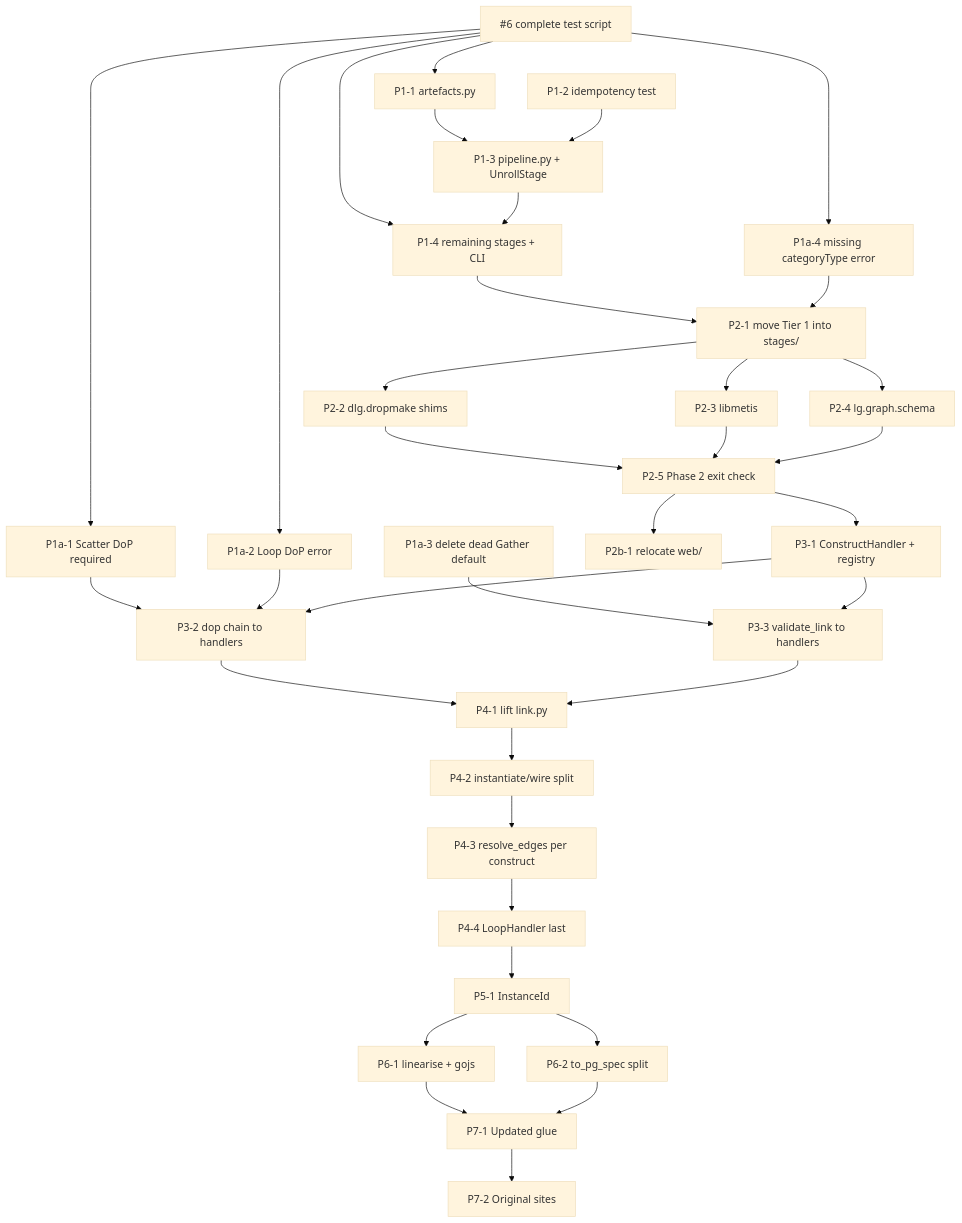
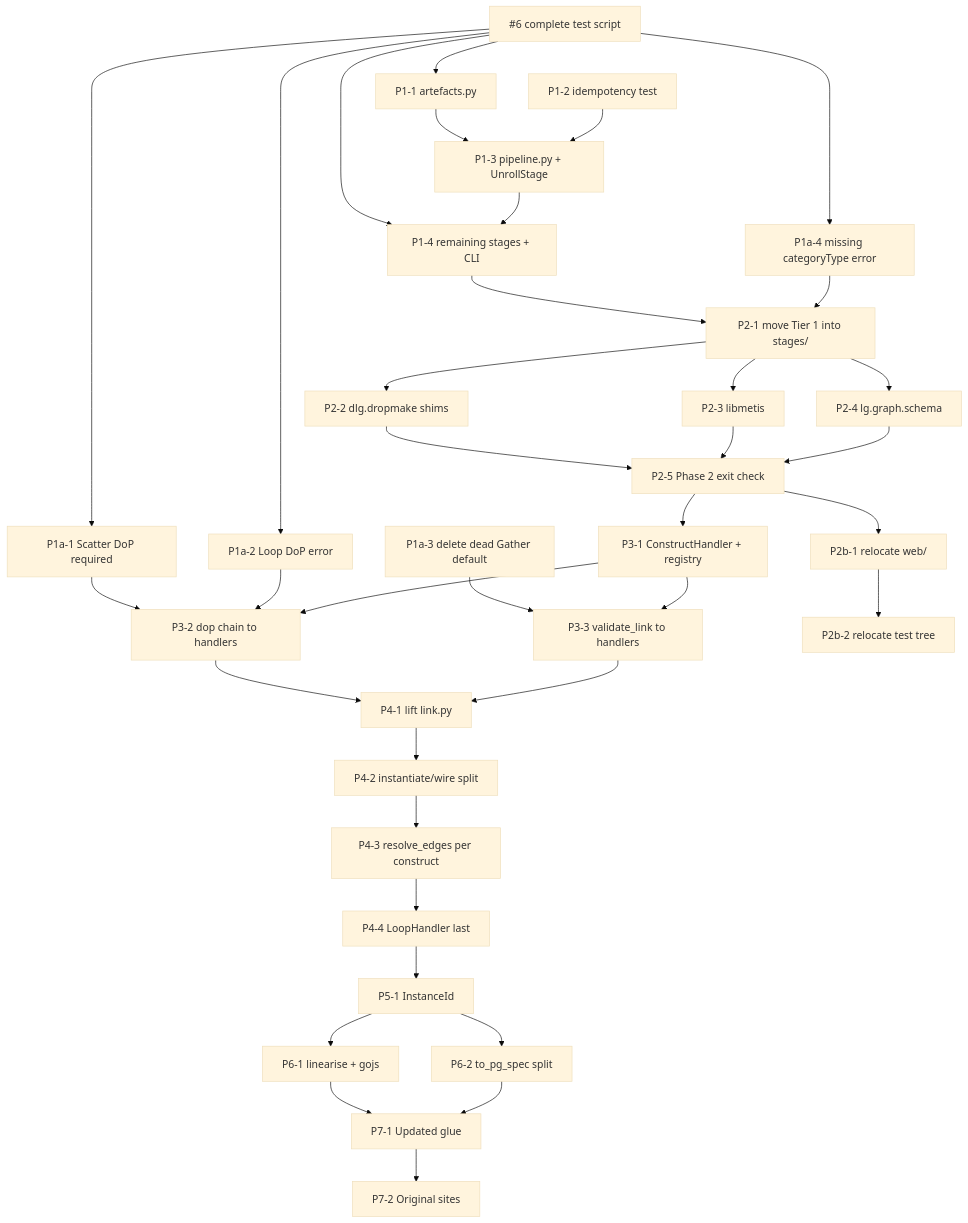
Before and after one commit to SachaPoulet/daliuge: the diagram in daliuge-translator/ARCHITECTURE_ISSUE_PLAN.md, drawn with Mermaid (base theme). The commit also changed other lines of this file, not shown here.

Commit message:
new issue for test moving

````diff
--- a/daliuge-translator/ARCHITECTURE_ISSUE_PLAN.md
+++ b/daliuge-translator/ARCHITECTURE_ISSUE_PLAN.md
@@ -17,20 +17,21 @@
 ```mermaid
 flowchart TD
     I6["#6 complete test script"] --> P1_1 & P1_4 & P1a_1 & P1a_2 & P1a_4
     P1_1["P1-1 artefacts.py"] --> P1_3
     P1_2["P1-2 idempotency test"] --> P1_3
     P1_3["P1-3 pipeline.py + UnrollStage"] --> P1_4["P1-4 remaining stages + CLI"]
     P1_4 --> P2_1["P2-1 move Tier 1 into stages/"]
     P1a_1["P1a-1 Scatter DoP required"] --> P3_2
     P1a_2["P1a-2 Loop DoP error"] --> P3_2
     P1a_3["P1a-3 delete dead Gather default"] --> P3_3
     P1a_4["P1a-4 missing categoryType error"] --> P2_1
     P2_1 --> P2_2["P2-2 dlg.dropmake shims"] & P2_3["P2-3 libmetis"] & P2_4["P2-4 lg.graph.schema"]
     P2_2 & P2_3 & P2_4 --> P2_5["P2-5 Phase 2 exit check"]
     P2_5 --> P2b_1["P2b-1 relocate web/"] & P3_1["P3-1 ConstructHandler + registry"]
+    P2b_1 --> P2b_2["P2b-2 relocate test tree"]
     P3_1 --> P3_2["P3-2 dop chain to handlers"] & P3_3["P3-3 validate_link to handlers"]
     P3_2 & P3_3 --> P4_1["P4-1 lift link.py"]
     P4_1 --> P4_2["P4-2 instantiate/wire split"] --> P4_3["P4-3 resolve_edges per construct"] --> P4_4["P4-4 LoopHandler last"]
     P4_4 --> P5_1["P5-1 InstanceId"] --> P6_1["P6-1 linearise + gojs"] & P6_2["P6-2 to_pg_spec split"]
     P6_1 & P6_2 --> P7_1["P7-1 Updated glue"] --> P7_2["P7-2 Original sites"]
 ```
````
